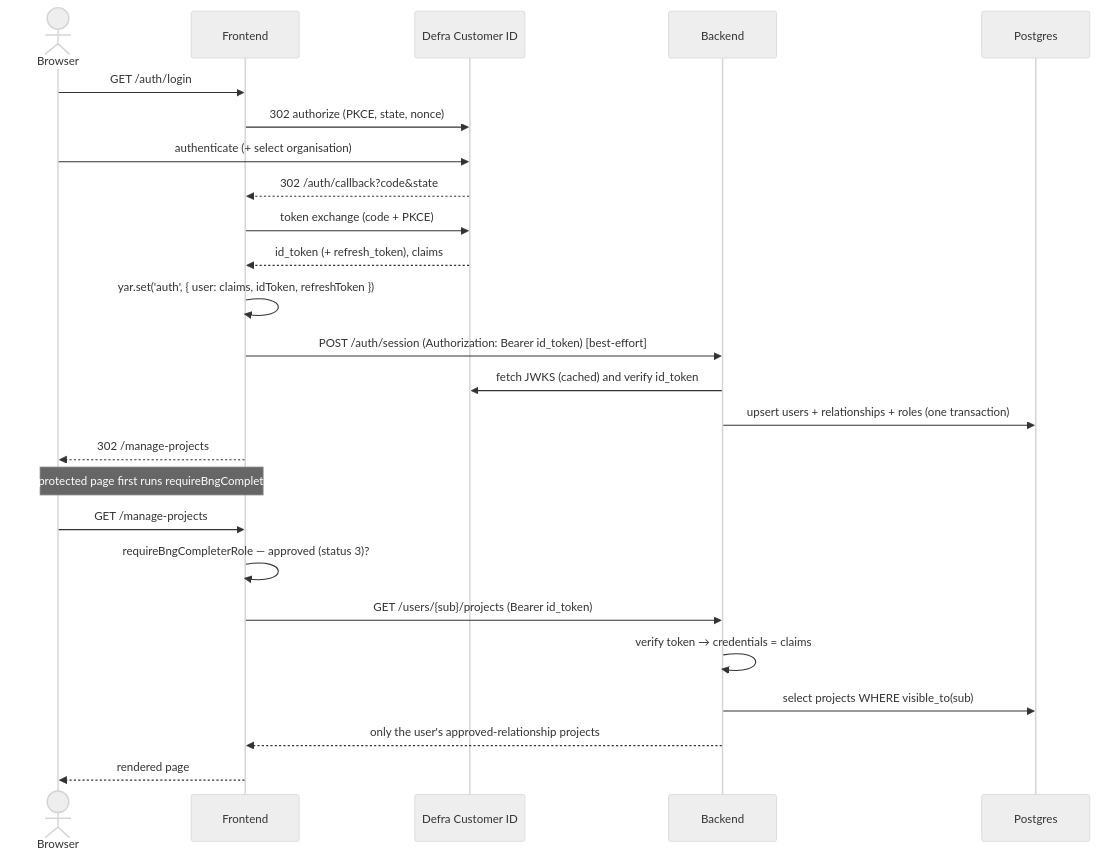
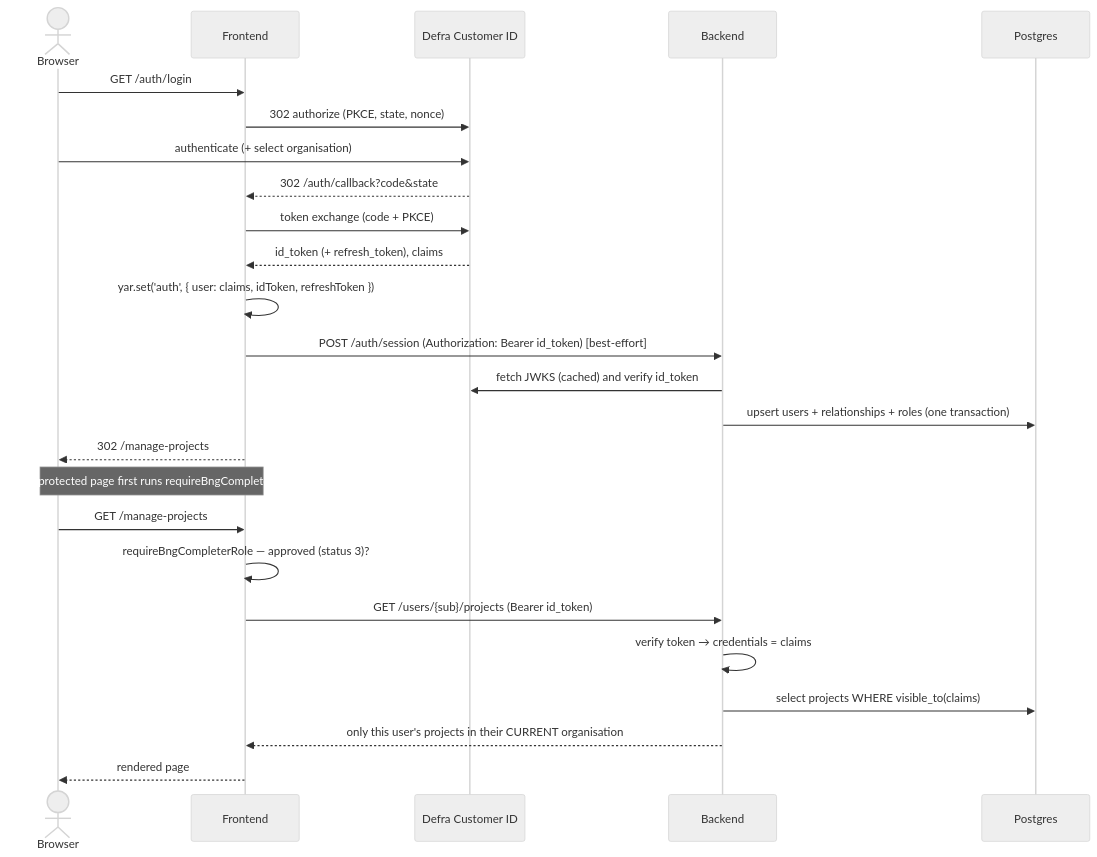
Before and after one commit to DEFRA/bng-metric-frontend: the diagram in docs/authenticated-user-journey.md, drawn with Mermaid (neutral theme). The commit also changed other lines of this file and 4 other files, not shown here.

First line of the commit message:
BMD-890 Clear journey state when the user changes organisation

````diff
--- a/docs/authenticated-user-journey.md
+++ b/docs/authenticated-user-journey.md
@@ -30,29 +30,29 @@
 ```mermaid
 sequenceDiagram
   actor User as Browser
   participant FE as Frontend
   participant IdP as Defra Customer ID
   participant BE as Backend
   participant DB as Postgres
 
   User->>FE: GET /auth/login
   FE->>IdP: 302 authorize (PKCE, state, nonce)
   User->>IdP: authenticate (+ select organisation)
   IdP-->>FE: 302 /auth/callback?code&state
   FE->>IdP: token exchange (code + PKCE)
   IdP-->>FE: id_token (+ refresh_token), claims
   FE->>FE: yar.set('auth', { user: claims, idToken, refreshToken })
   FE->>BE: POST /auth/session  (Authorization: Bearer id_token)  [best-effort]
   BE->>IdP: fetch JWKS (cached) and verify id_token
   BE->>DB: upsert users + relationships + roles (one transaction)
   FE-->>User: 302 /manage-projects
 
   Note over User,FE: every protected page first runs requireBngCompleterRole
   User->>FE: GET /manage-projects
   FE->>FE: requireBngCompleterRole — approved (status 3)?
   FE->>BE: GET /users/{sub}/projects (Bearer id_token)
   BE->>BE: verify token → credentials = claims
-  BE->>DB: select projects WHERE visible_to(sub)
-  BE-->>FE: only the user's approved-relationship projects
+  BE->>DB: select projects WHERE visible_to(claims)
+  BE-->>FE: only this user's projects in their CURRENT organisation
   FE-->>User: rendered page
 ```
````
